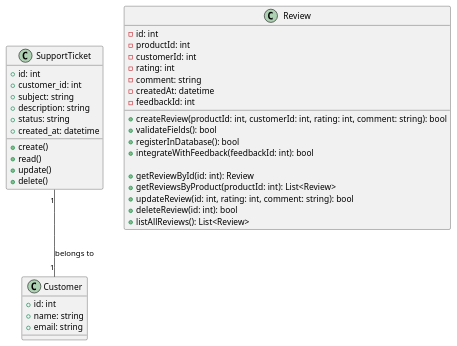
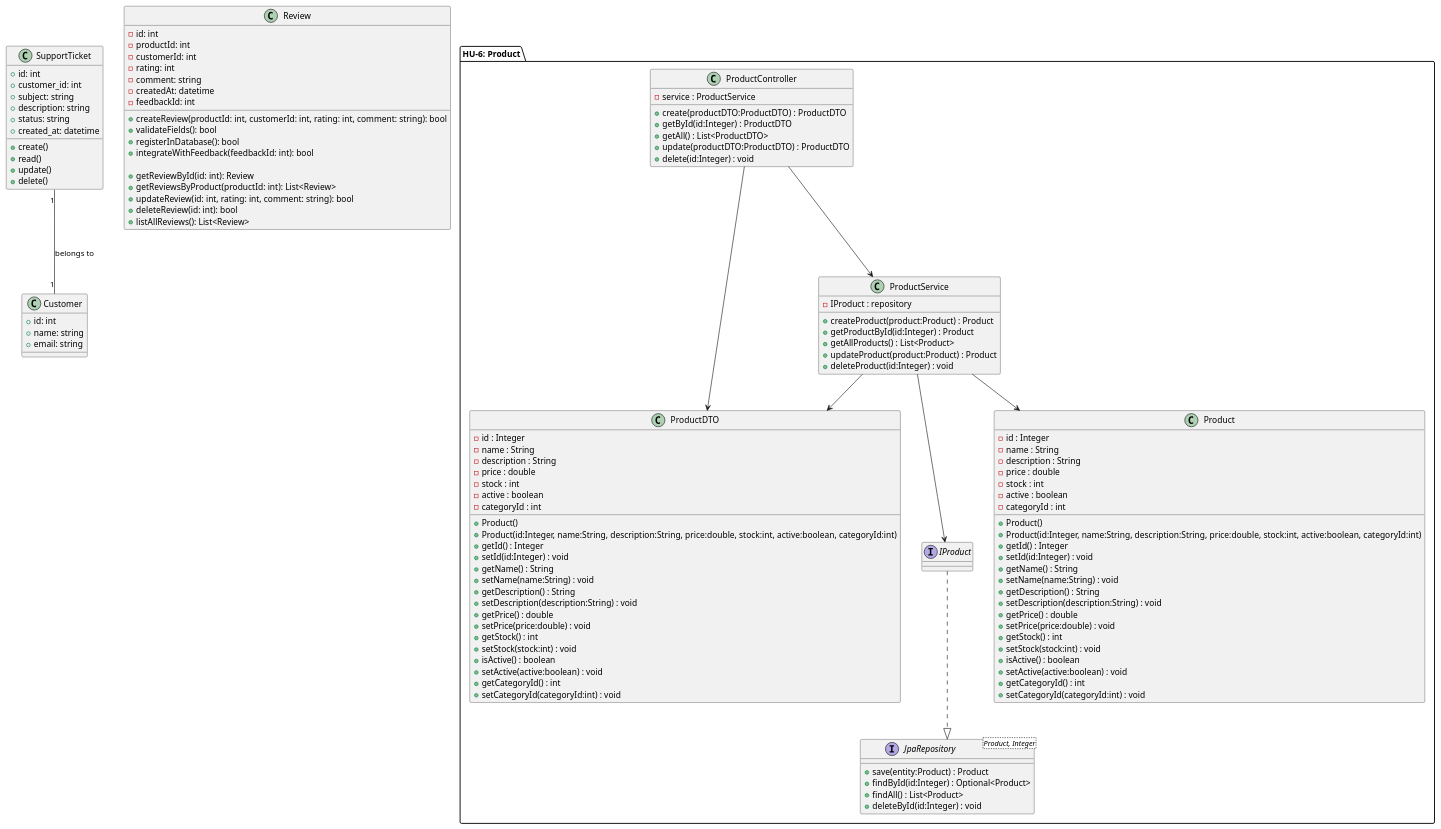
One commit to code-sena/laboratory-2899747 changed the diagram in document/architecture/class.wsd. Above: the diagram before and after it, drawn with PlantUML. The commit also changed 1 other file, not shown here.

Commit message:
doc:Add class diagrams and SQL scripts for the product entity.

```diff
--- a/document/architecture/class.wsd
+++ b/document/architecture/class.wsd
@@ -1,45 +1,142 @@
 @startuml
 
 class SupportTicket {
   +id: int
   +customer_id: int
   +subject: string
   +description: string
   +status: string
   +created_at: datetime
 
   +create()
   +read()
   +update()
   +delete()
 }
 
 class Customer {
   +id: int
   +name: string
   +email: string
 }
 
 SupportTicket "1" -- "1" Customer : belongs to
     class Review {
     - id: int
     - productId: int
     - customerId: int
     - rating: int
     - comment: string
     - createdAt: datetime
     - feedbackId: int
 
     + createReview(productId: int, customerId: int, rating: int, comment: string): bool
     + validateFields(): bool
     + registerInDatabase(): bool
     + integrateWithFeedback(feedbackId: int): bool
 
     + getReviewById(id: int): Review
     + getReviewsByProduct(productId: int): List<Review>
     + updateReview(id: int, rating: int, comment: string): bool
     + deleteReview(id: int): bool
     + listAllReviews(): List<Review>
     }
 
+ package "HU-6: Product" {
+    class Product {
+  - id : Integer
+  - name : String
+  - description : String
+  - price : double
+  - stock : int
+  - active : boolean
+  - categoryId : int
+  
+  + Product()
+  + Product(id:Integer, name:String, description:String, price:double, stock:int, active:boolean, categoryId:int)
+  + getId() : Integer
+  + setId(id:Integer) : void
+  + getName() : String
+  + setName(name:String) : void
+  + getDescription() : String
+  + setDescription(description:String) : void
+  + getPrice() : double
+  + setPrice(price:double) : void
+  + getStock() : int
+  + setStock(stock:int) : void
+  + isActive() : boolean
+  + setActive(active:boolean) : void
+  + getCategoryId() : int
+  + setCategoryId(categoryId:int) : void
+}
+
+interface IProduct {
+}
+
+interface JpaRepository<Product, Integer> {
+  + save(entity:Product) : Product
+  + findById(id:Integer) : Optional<Product>
+  + findAll() : List<Product>
+  + deleteById(id:Integer) : void
+}
+class ProductDTO {
+
+  - id : Integer
+  - name : String
+  - description : String
+  - price : double
+  - stock : int
+  - active : boolean
+  - categoryId : int
+
+  + Product()
+  + Product(id:Integer, name:String, description:String, price:double, stock:int, active:boolean, categoryId:int)
+  + getId() : Integer
+  + setId(id:Integer) : void
+  + getName() : String
+  + setName(name:String) : void
+  + getDescription() : String
+  + setDescription(description:String) : void
+  + getPrice() : double
+  + setPrice(price:double) : void
+  + getStock() : int
+  + setStock(stock:int) : void
+  + isActive() : boolean
+  + setActive(active:boolean) : void
+  + getCategoryId() : int
+  + setCategoryId(categoryId:int) : void
+  
+}
+
+class ProductService {
+  - IProduct : repository
+
+  + createProduct(product:Product) : Product
+  + getProductById(id:Integer) : Product
+  + getAllProducts() : List<Product>
+  + updateProduct(product:Product) : Product
+  + deleteProduct(id:Integer) : void
+
+}
+
+  class ProductController {
+    - service : ProductService
+    + create(productDTO:ProductDTO) : ProductDTO
+    + getById(id:Integer) : ProductDTO
+    + getAll() : List<ProductDTO>
+    + update(productDTO:ProductDTO) : ProductDTO
+    + delete(id:Integer) : void
+  }
+
+
+  ' Relaciones
+  IProduct ..|> JpaRepository
+  ProductService --> IProduct
+  ProductService --> ProductDTO
+  ProductService --> Product
+  ProductController --> ProductService
+  ProductController --> ProductDTO
+
+}
+
 @enduml
```
